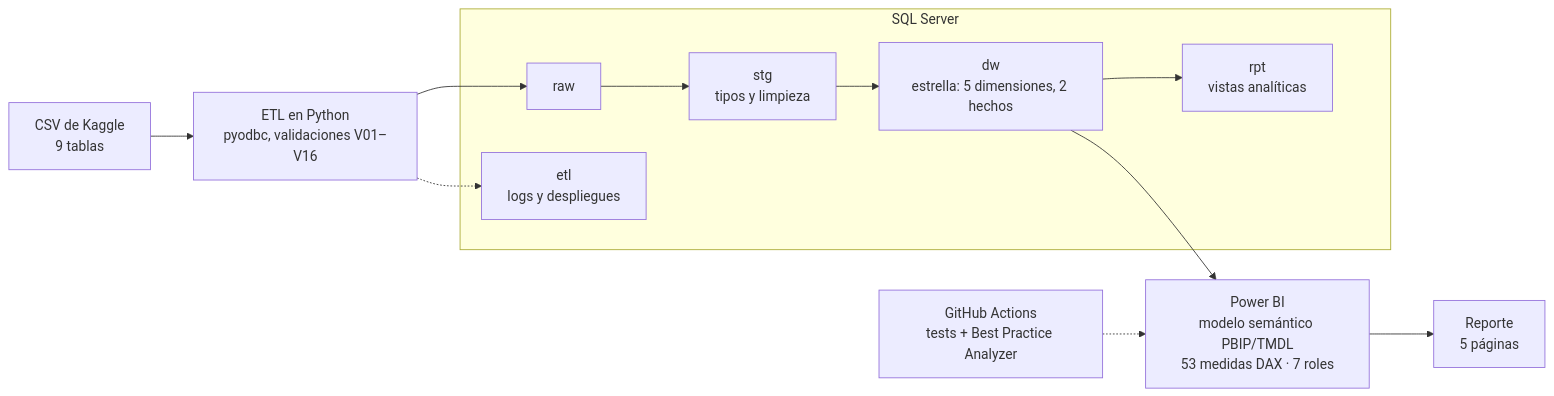
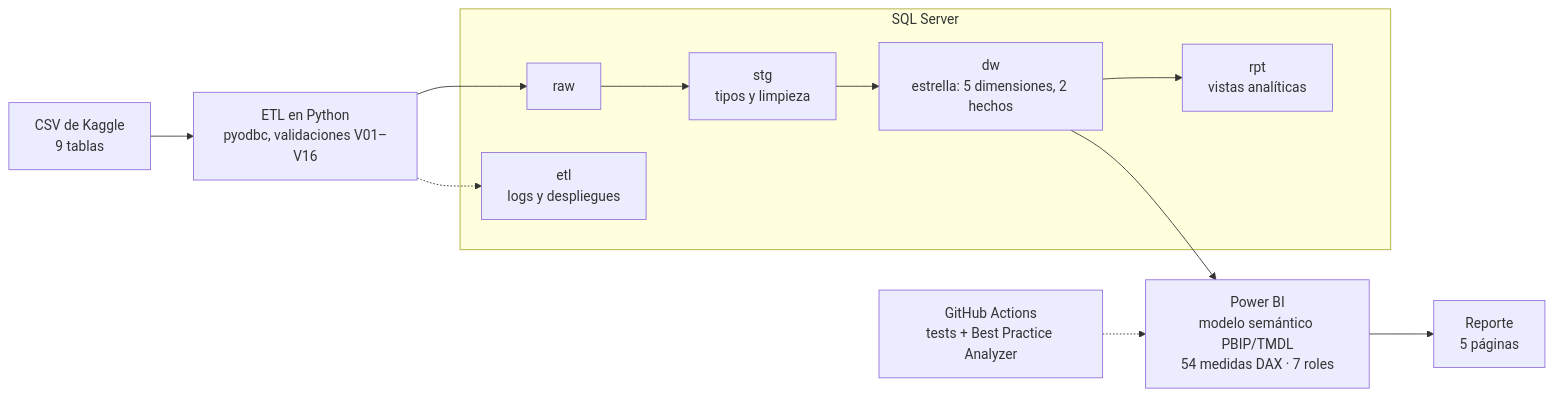
One commit to Joellwh/olist-bi changed the diagram in README.md. Above: the diagram before and after it, drawn with Mermaid. The commit also changed other lines of this file and 15 other files, not shown here.

````diff
--- a/README.md
+++ b/README.md
@@ -41,13 +42,13 @@
 ```mermaid
 flowchart LR
     CSV["CSV de Kaggle<br/>9 tablas"] --> ETL["ETL en Python<br/>pyodbc, validaciones V01–V16"]
     subgraph SQL["SQL Server"]
         RAW[raw] --> STG["stg<br/>tipos y limpieza"] --> DW["dw<br/>estrella: 5 dimensiones, 2 hechos"] --> RPT["rpt<br/>vistas analíticas"]
         LOG["etl<br/>logs y despliegues"]
     end
     ETL --> RAW
     ETL -.-> LOG
-    DW --> PBI["Power BI<br/>modelo semántico PBIP/TMDL<br/>53 medidas DAX · 7 roles"]
+    DW --> PBI["Power BI<br/>modelo semántico PBIP/TMDL<br/>54 medidas DAX · 7 roles"]
     PBI --> REP["Reporte<br/>5 páginas"]
     GH["GitHub Actions<br/>tests + Best Practice Analyzer"] -.-> PBI
 ```
````
